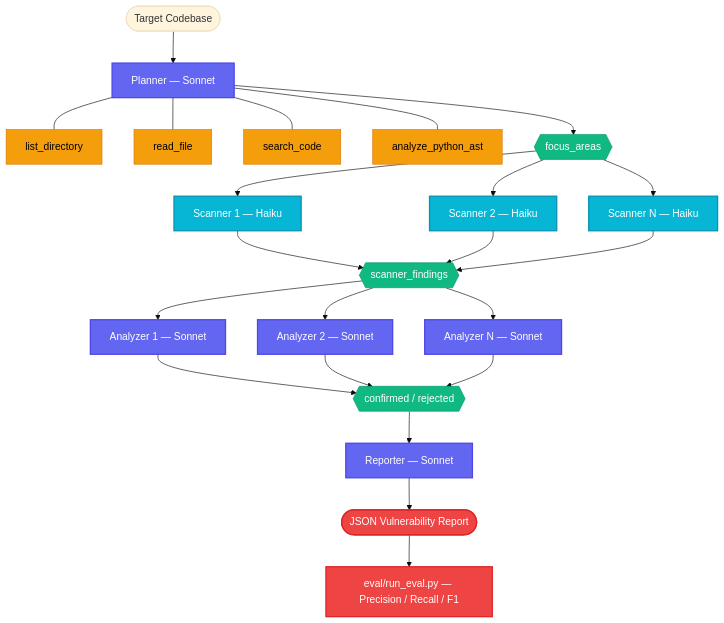
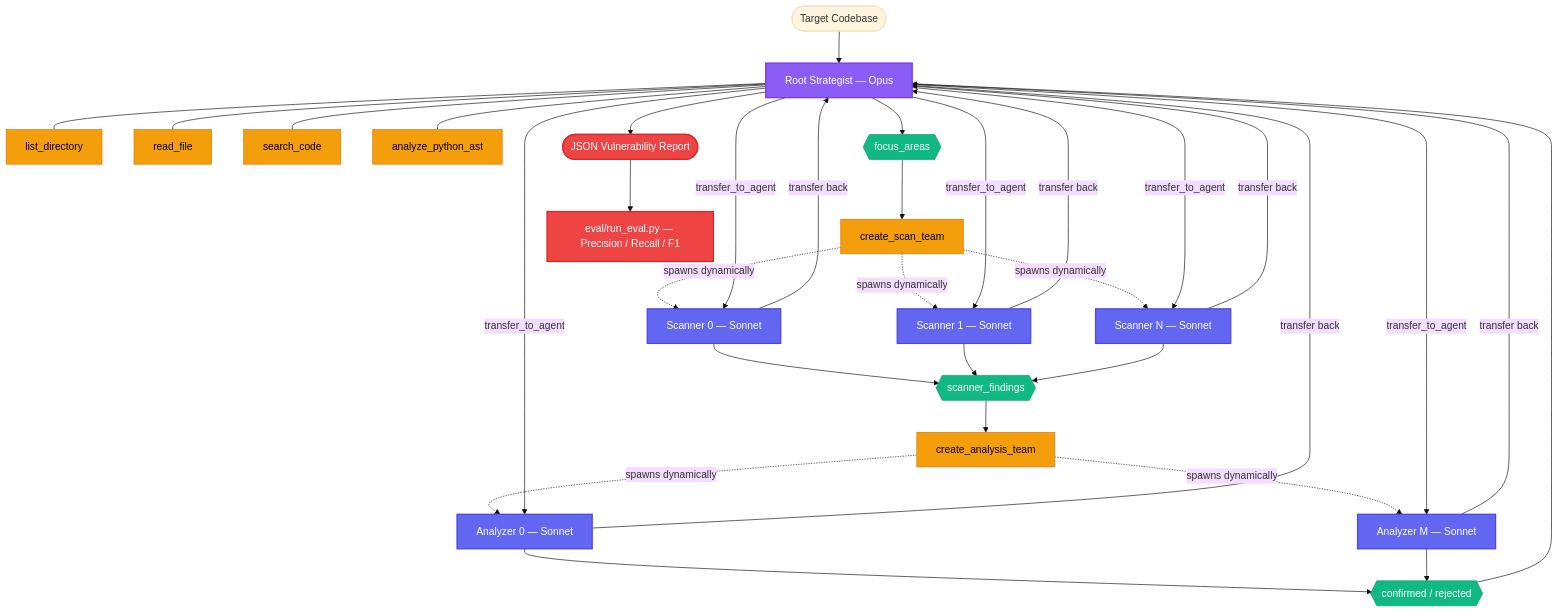
Before and after one commit to mvpzone/vuln-hawk: the first of 2 diagrams in README.md, drawn with Mermaid (base theme). The commit also changed other lines of this file and 7 other files, not shown here.

````diff
--- a/README.md
+++ b/README.md
@@ -44,44 +45,51 @@
 ```mermaid
 flowchart TD
+    classDef opus fill:#8b5cf6,color:#fff,stroke:#7c3aed,stroke-width:2px
     classDef sonnet fill:#6366f1,color:#fff,stroke:#4f46e5,stroke-width:2px
-    classDef haiku fill:#06b6d4,color:#fff,stroke:#0891b2,stroke-width:2px
     classDef tool fill:#f59e0b,color:#000,stroke:#d97706,stroke-width:1px
     classDef data fill:#10b981,color:#fff,stroke:#059669,stroke-width:1px
     classDef eval fill:#ef4444,color:#fff,stroke:#dc2626,stroke-width:2px
 
     START([Target Codebase])
 
-    P[Planner — Sonnet]:::sonnet
-    PT1[list_directory]:::tool
-    PT2[read_file]:::tool
-    PT3[search_code]:::tool
-    PT4[analyze_python_ast]:::tool
+    ROOT[Root Strategist — Opus]:::opus
+    RT1[list_directory]:::tool
+    RT2[read_file]:::tool
+    RT3[search_code]:::tool
+    RT4[analyze_python_ast]:::tool
+    CST[create_scan_team]:::tool
+    CAT[create_analysis_team]:::tool
+
     FA{{focus_areas}}:::data
 
-    S1[Scanner 1 — Haiku]:::haiku
-    S2[Scanner 2 — Haiku]:::haiku
-    S3[Scanner N — Haiku]:::haiku
+    S1[Scanner 0 — Sonnet]:::sonnet
+    S2[Scanner 1 — Sonnet]:::sonnet
+    S3[Scanner N — Sonnet]:::sonnet
     SF{{scanner_findings}}:::data
 
-    A1[Analyzer 1 — Sonnet]:::sonnet
-    A2[Analyzer 2 — Sonnet]:::sonnet
-    A3[Analyzer N — Sonnet]:::sonnet
+    A1[Analyzer 0 — Sonnet]:::sonnet
+    A2[Analyzer M — Sonnet]:::sonnet
     AF{{confirmed / rejected}}:::data
 
-    R[Reporter — Sonnet]:::sonnet
     REPORT([JSON Vulnerability Report]):::eval
     EVAL[eval/run_eval.py — Precision / Recall / F1]:::eval
 
-    START --> P
-    P --- PT1 & PT2 & PT3 & PT4
-    P --> FA
+    START --> ROOT
+    ROOT --- RT1 & RT2 & RT3 & RT4
+    ROOT --> FA
 
-    FA --> S1 & S2 & S3
+    FA --> CST
+    CST -.->|spawns dynamically| S1 & S2 & S3
+    ROOT -->|transfer_to_agent| S1 & S2 & S3
+    S1 & S2 & S3 -->|transfer back| ROOT
     S1 & S2 & S3 --> SF
 
-    SF --> A1 & A2 & A3
-    A1 & A2 & A3 --> AF
+    SF --> CAT
+    CAT -.->|spawns dynamically| A1 & A2
+    ROOT -->|transfer_to_agent| A1 & A2
+    A1 & A2 -->|transfer back| ROOT
+    A1 & A2 --> AF
 
-    AF --> R
-    R --> REPORT --> EVAL
+    AF --> ROOT
+    ROOT --> REPORT --> EVAL
 ```
````
